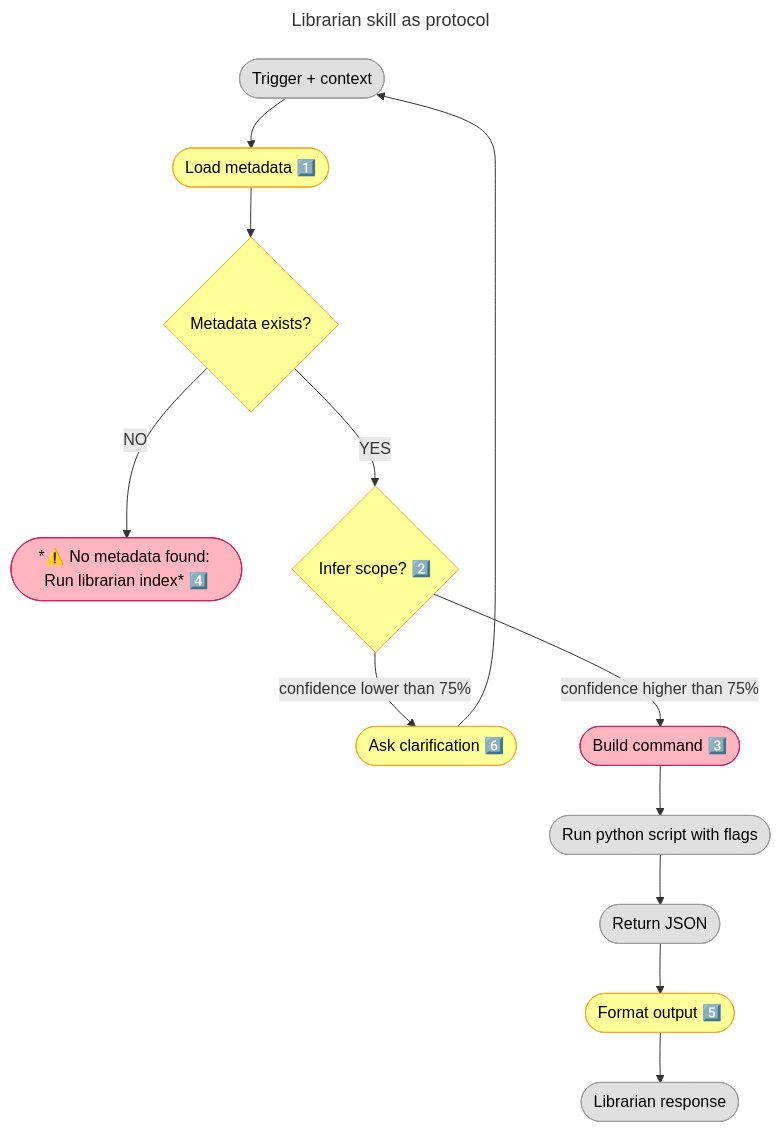
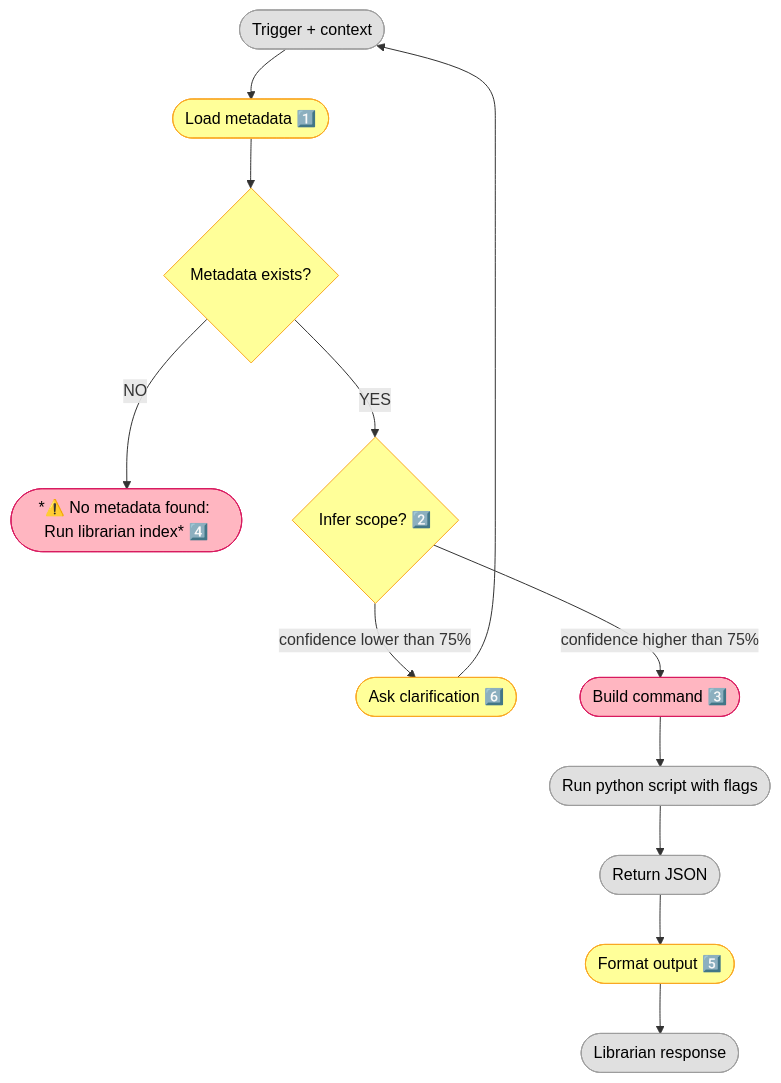
One commit to nonlinear/librarian changed the diagram in backstage/epic-notes/v0.15.0-skill-protocol.md. Above: the diagram before and after it, drawn with Mermaid. The commit also changed other lines of this file, not shown here.

Commit message:
arch: Title as H2 (larger), remove mermaid title

````diff
--- a/backstage/epic-notes/v0.15.0-skill-protocol.md
+++ b/backstage/epic-notes/v0.15.0-skill-protocol.md
@@ -1,33 +1,30 @@
 ```mermaid
----
-title: Librarian skill as protocol
----
 flowchart TD
     TRIGGER(["Trigger + context"])
     TRIGGER --> METADATA(["Load metadata 1️⃣"])
     METADATA --> CHECK{"Metadata exists?"}
     CHECK -->|NO| ERROR(["*⚠️ No metadata found: Run librarian index* 4️⃣"])
     CHECK -->|YES| INFER{"Infer scope? 2️⃣"}
     
     INFER -->|"confidence lower than 75%"| CLARIFY(["Ask clarification 6️⃣"])
     CLARIFY --> TRIGGER
     
     INFER -->|"confidence higher than 75%"| BUILD(["Build command 3️⃣"])
     
     BUILD --> EXEC(["Run python script with flags"])
     EXEC --> JSON(["Return JSON"])
     JSON --> FORMAT(["Format output 5️⃣"])
     FORMAT --> RESPONSE(["Librarian response"])
     
     style TRIGGER fill:#E0E0E0,stroke:#9E9E9E,color:#000
     style METADATA fill:#FFFF99,stroke:#F9A825,color:#000
     style INFER fill:#FFFF99,stroke:#F9A825,color:#000
     style CLARIFY fill:#FFFF99,stroke:#F9A825,color:#000
     style BUILD fill:#FFB6C1,stroke:#D81B60,color:#000
     style EXEC fill:#E0E0E0,stroke:#9E9E9E,color:#000
     style JSON fill:#E0E0E0,stroke:#9E9E9E,color:#000
     style FORMAT fill:#FFFF99,stroke:#F9A825,color:#000
     style RESPONSE fill:#E0E0E0,stroke:#9E9E9E,color:#000
     style CHECK fill:#FFFF99,stroke:#F9A825,color:#000
     style ERROR fill:#FFB6C1,stroke:#D81B60,color:#000
 ```
````
